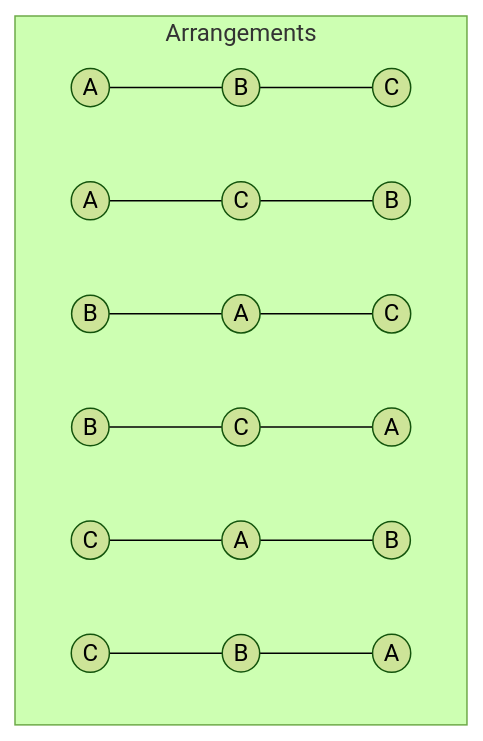
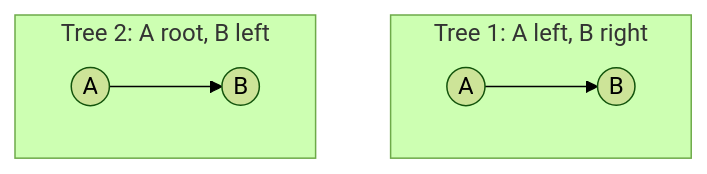
One commit to ARYAN-KUMAR-22/dsa changed the seventh of 7 diagrams in tree/03_number_of_binary_trees.md. Above: the diagram before and after it, drawn with Mermaid (forest theme). The commit also changed other lines of this file, not shown here.

````diff
--- a/tree/03_number_of_binary_trees.md
+++ b/tree/03_number_of_binary_trees.md
@@ -108,11 +251,14 @@
 ```mermaid
 graph TD
-    subgraph Arrangements
-        A1((A)) --- B1((B)) --- C1((C))
-        A2((A)) --- C2((C)) --- B2((B))
-        B3((B)) --- A3((A)) --- C3((C))
-        B4((B)) --- C4((C)) --- A4((A))
-        C5((C)) --- A5((A)) --- B5((B))
-        C6((C)) --- B6((B)) --- A6((A))
+    subgraph T1["Tree 1: A left, B right"]
+        A1((A))
+        B1((B))
+        A1 --> B1
+    end
+    
+    subgraph T2["Tree 2: A root, B left"]
+        A2((A))
+        B2((B))
+        A2 --> B2
     end
 ```
````
